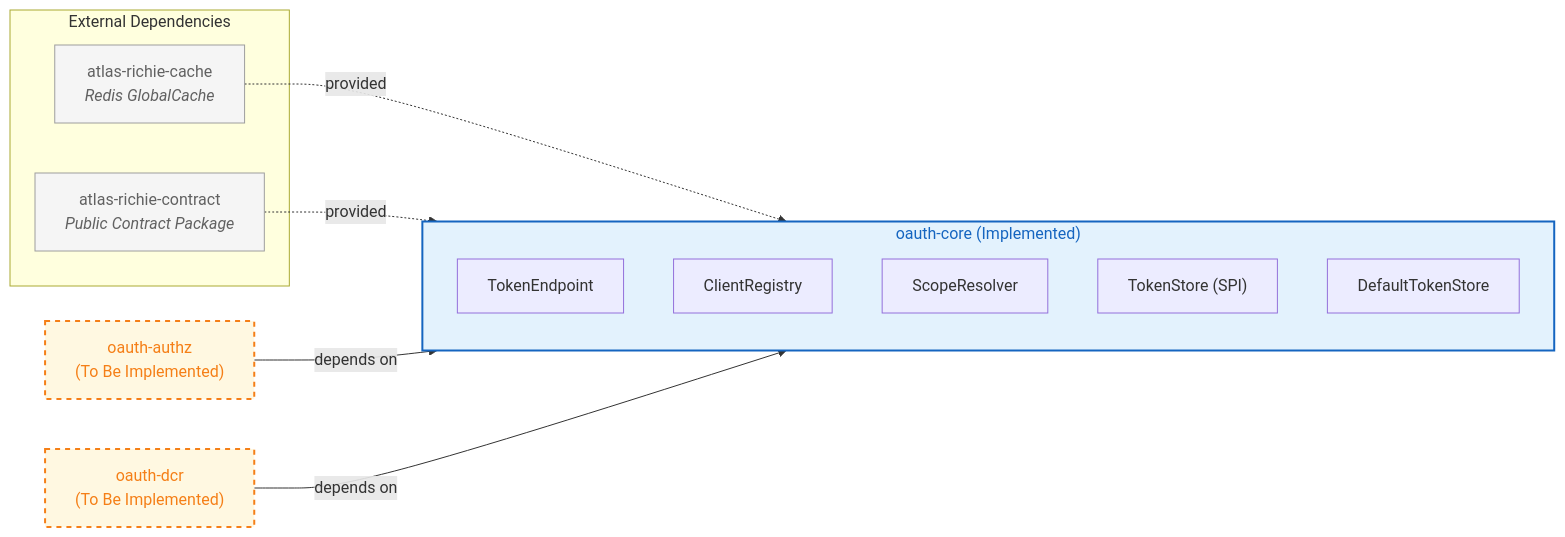
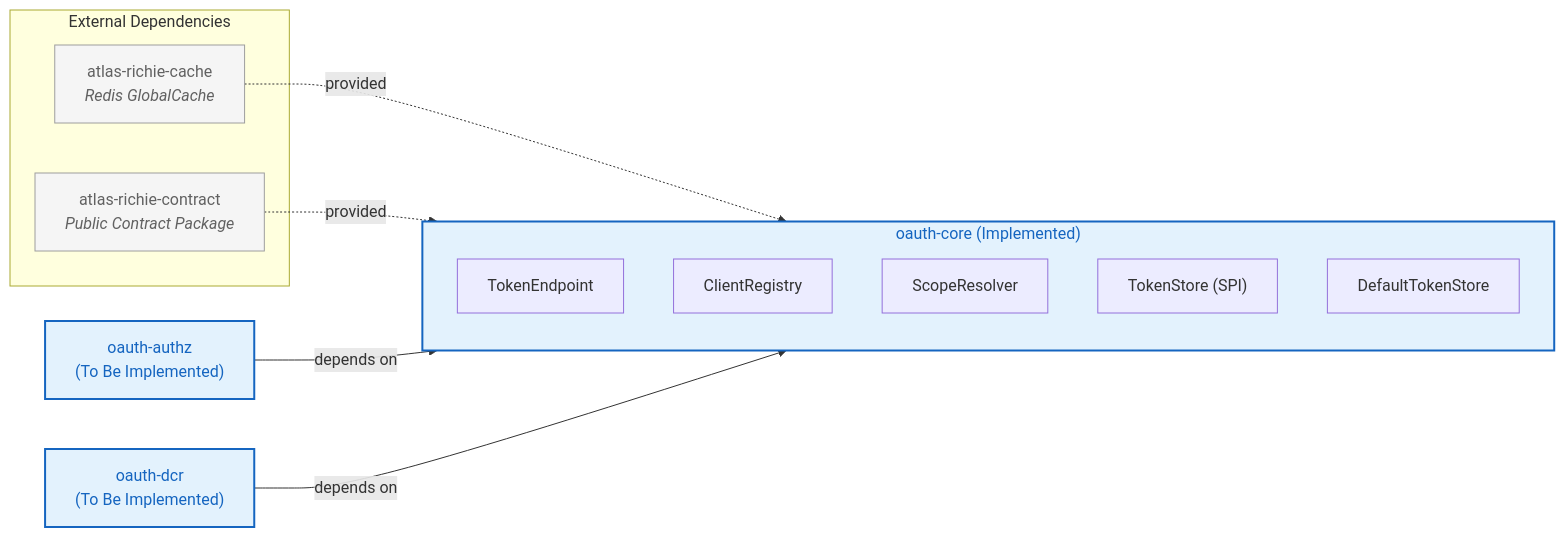
Before and after one commit to richie696/atlas-richie-platform: the second of 13 diagrams in atlas-richie-component/atlas-richie-oauth-parent/docs/en/oauth-component-design.md, drawn with Mermaid. The commit also changed other lines of this file and 199 other files, not shown here.

````diff
--- a/atlas-richie-component/atlas-richie-oauth-parent/docs/en/oauth-component-design.md
+++ b/atlas-richie-component/atlas-richie-oauth-parent/docs/en/oauth-component-design.md
@@ -66,32 +75,32 @@
 ```mermaid
 flowchart LR
     subgraph External["External Dependencies"]
         Cache["atlas-richie-cache<br/><i>Redis GlobalCache</i>"]
         Contract["atlas-richie-contract<br/><i>Public Contract Package</i>"]
     end
 
     subgraph Core["oauth-core (Implemented)"]
         direction TB
         TE["TokenEndpoint"]
         CR["ClientRegistry"]
         SR["ScopeResolver"]
         TS["TokenStore (SPI)"]
         DTS["DefaultTokenStore"]
     end
 
     Authz["oauth-authz<br/>(To Be Implemented)"]
     DCR["oauth-dcr<br/>(To Be Implemented)"]
 
     Cache -.-> |provided| Core
     Contract -.-> |provided| Core
     Authz --> |depends on| Core
     DCR --> |depends on| Core
 
     classDef ext fill:#f5f5f5,stroke:#9e9e9e,stroke-width:1px,color:#616161
     classDef core fill:#e3f2fd,stroke:#1565c0,stroke-width:2px,color:#1565c0
     classDef planned fill:#fff8e1,stroke:#f57f17,stroke-width:2px,stroke-dasharray:5 5,color:#f57f17
 
     class Cache,Contract ext
     class Core core
-    class Authz,DCR planned
+    class Authz,DCR core
 ```
````
